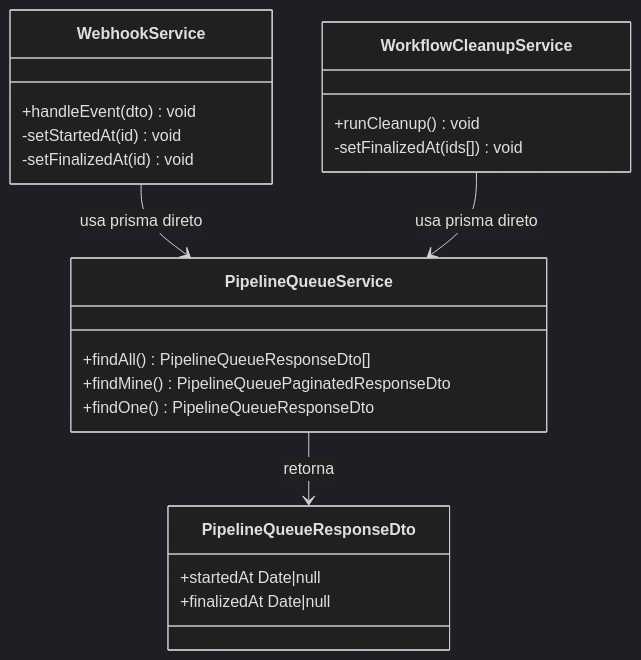
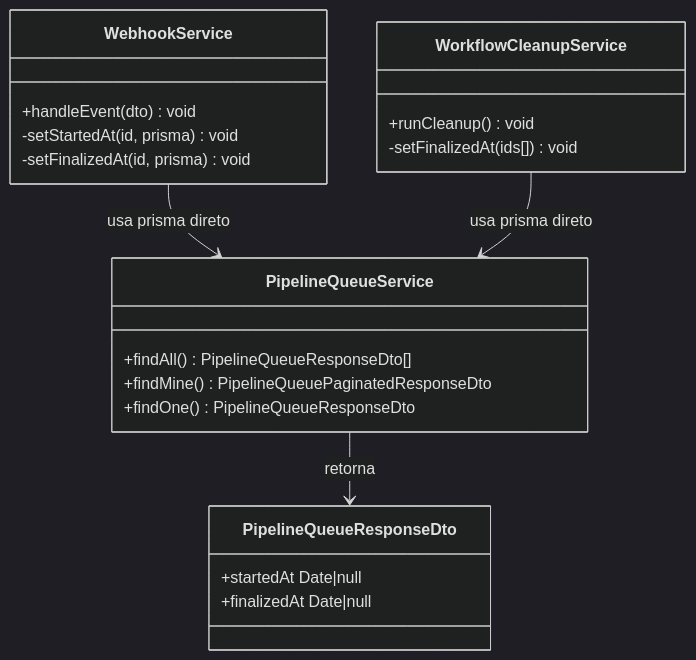
One commit to adaptwebtech/monitor-deploy changed the second of 8 diagrams in docs/specs/pipeline-queue-timestamps.md. Above: the diagram before and after it, drawn with Mermaid (dark theme). The commit also changed other lines of this file and 21 other files, not shown here.

````diff
--- a/docs/specs/pipeline-queue-timestamps.md
+++ b/docs/specs/pipeline-queue-timestamps.md
@@ -121,24 +121,24 @@
 ```mermaid
 classDiagram
     class WebhookService {
         +handleEvent(dto) void
-        -setStartedAt(id) void
-        -setFinalizedAt(id) void
+        -setStartedAt(id, prisma) void
+        -setFinalizedAt(id, prisma) void
     }
     class WorkflowCleanupService {
         +runCleanup() void
         -setFinalizedAt(ids[]) void
     }
     class PipelineQueueService {
         +findAll() PipelineQueueResponseDto[]
         +findMine() PipelineQueuePaginatedResponseDto
         +findOne() PipelineQueueResponseDto
     }
     class PipelineQueueResponseDto {
         +startedAt Date|null
         +finalizedAt Date|null
     }
     WebhookService --> PipelineQueueService : usa prisma direto
     WorkflowCleanupService --> PipelineQueueService : usa prisma direto
     PipelineQueueService --> PipelineQueueResponseDto : retorna
 ```
````
